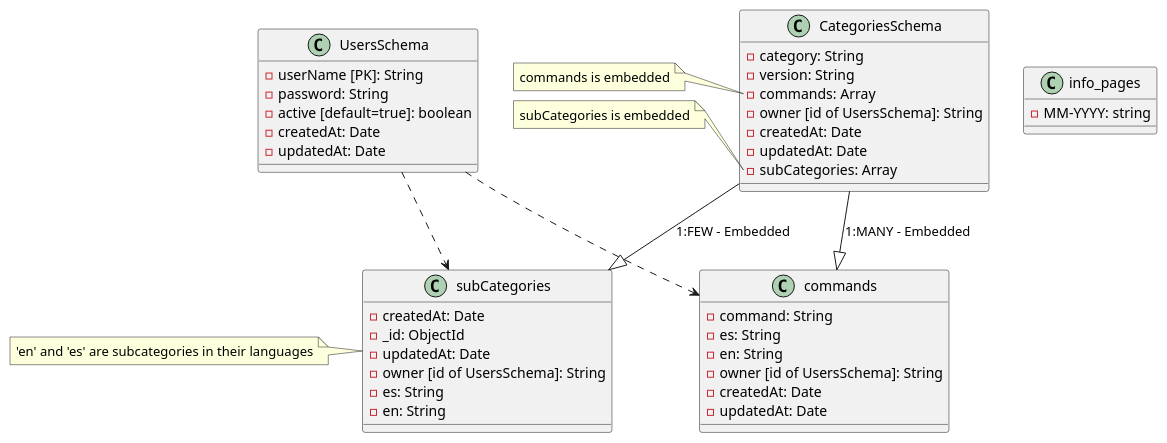
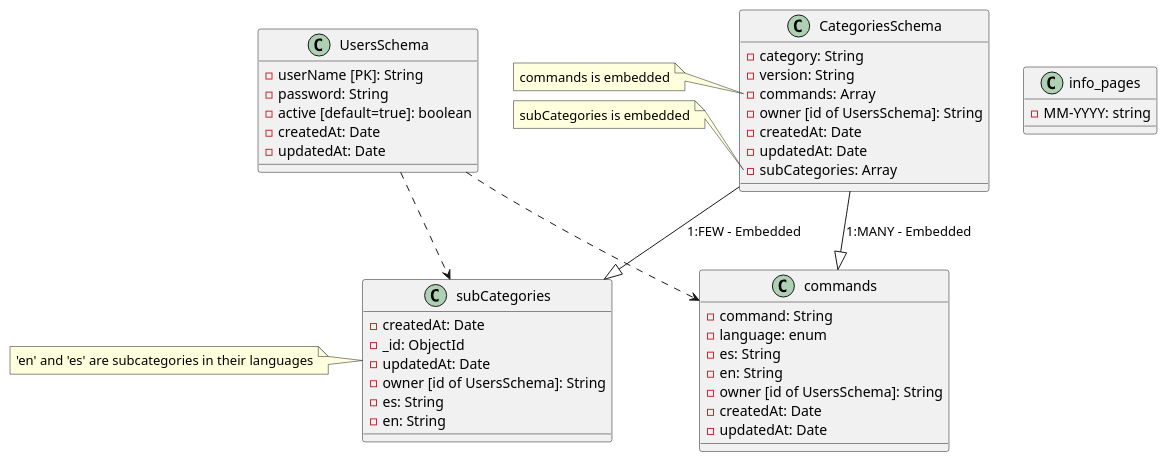
Before and after one commit to bryantamayo1/mycommands-webapp-backend: the diagram in api/database/model-bbdd.puml, drawn with PlantUML. The commit also changed 4 other files, not shown here.

```diff
--- a/api/database/model-bbdd.puml
+++ b/api/database/model-bbdd.puml
@@ -1,57 +1,58 @@
 @startuml
 
 class UsersSchema{
     -userName [PK]: String
     -password: String
     -active [default=true]: boolean
     -createdAt: Date
     -updatedAt: Date
 }
 
 class CategoriesSchema{
     -category: String
     -version: String
     -commands: Array
     -owner [id of UsersSchema]: String
     -createdAt: Date
     -updatedAt: Date
     -subCategories: Array
 }
 
 note left of CategoriesSchema::commands
     commands is embedded
 end note
 note left of CategoriesSchema::subCategories
     subCategories is embedded
 end note
 
 class commands{
     -command: String
+    -language: enum
     -es: String
     -en: String
     -owner [id of UsersSchema]: String
     -createdAt: Date
     -updatedAt: Date
 }
 
 class subCategories{
     -createdAt: Date
     -_id: ObjectId
     -updatedAt: Date
     -owner [id of UsersSchema]: String
     -es: String
     -en: String
 }
 
 note left of subCategories: 'en' and 'es' are subcategories in their languages
 
 class info_pages{
     -MM-YYYY: string
 }    
 
 CategoriesSchema --|> commands: 1:MANY - Embedded
 CategoriesSchema --|> subCategories: 1:FEW - Embedded
 UsersSchema -[dashed]-> commands
 UsersSchema -[dashed]-> subCategories
 
 @enduml
```
